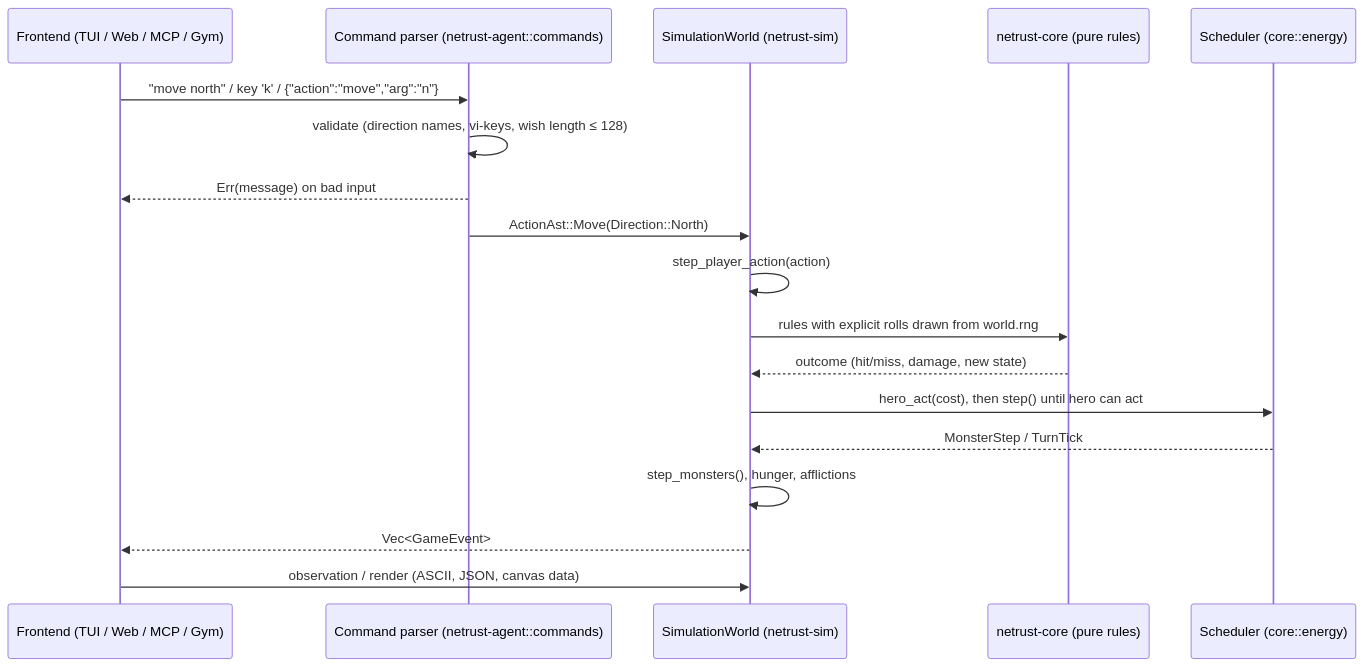
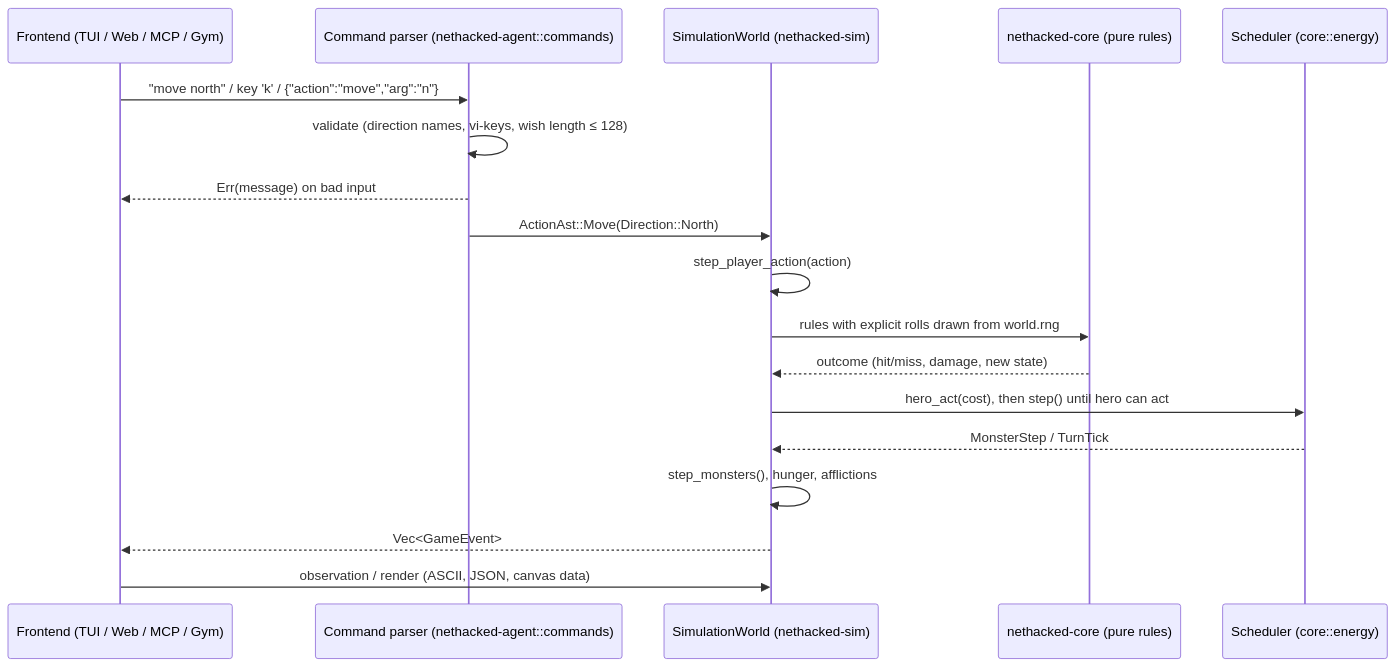
One commit to dmytro-yemelianov/NetHackED changed the second of 2 diagrams in docs/architecture.md. Above: the diagram before and after it, drawn with Mermaid. The commit also changed other lines of this file and 369 other files, not shown here.

````diff
--- a/docs/architecture.md
+++ b/docs/architecture.md
@@ -100,21 +100,21 @@
 ```mermaid
 sequenceDiagram
     participant F as Frontend (TUI / Web / MCP / Gym)
-    participant P as Command parser (netrust-agent::commands)
-    participant W as SimulationWorld (netrust-sim)
-    participant C as netrust-core (pure rules)
+    participant P as Command parser (nethacked-agent::commands)
+    participant W as SimulationWorld (nethacked-sim)
+    participant C as nethacked-core (pure rules)
     participant S as Scheduler (core::energy)
 
     F->>P: "move north" / key 'k' / {"action":"move","arg":"n"}
     P->>P: validate (direction names, vi-keys, wish length ≤ 128)
     P-->>F: Err(message) on bad input
     P->>W: ActionAst::Move(Direction::North)
     W->>W: step_player_action(action)
     W->>C: rules with explicit rolls drawn from world.rng
     C-->>W: outcome (hit/miss, damage, new state)
     W->>S: hero_act(cost), then step() until hero can act
     S-->>W: MonsterStep / TurnTick
     W->>W: step_monsters(), hunger, afflictions
     W-->>F: Vec<GameEvent>
     F->>W: observation / render (ASCII, JSON, canvas data)
 ```
````
